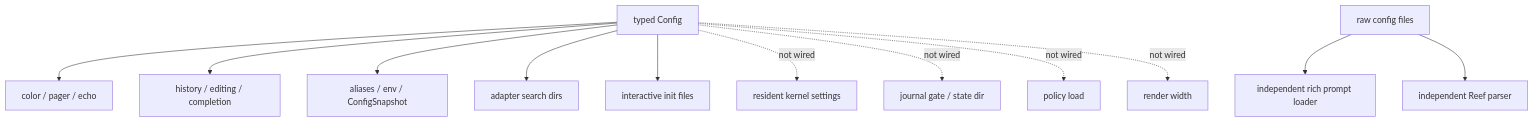
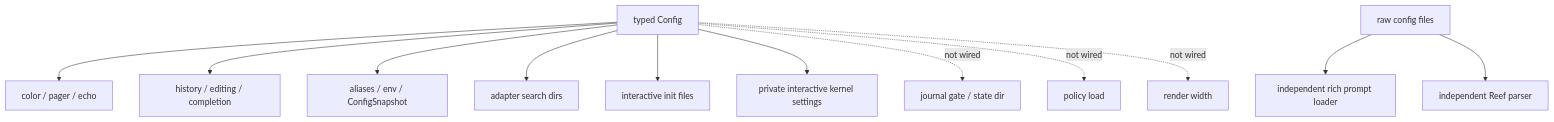
The second of 2 diagrams in site/content/internals/configuration-reference.md (alliecatowo/shoal), drawn with Mermaid before and after one commit. The commit also changed other lines of this file and 17 other files, not shown here.

````diff
--- a/site/content/internals/configuration-reference.md
+++ b/site/content/internals/configuration-reference.md
@@ -326,16 +326,16 @@
 ```mermaid
 flowchart TD
 accTitle: Host wiring matrix
 accDescr: Shows the components and relationships described in Host wiring matrix.
   Config["typed Config"] --> Render["color / pager / echo"]
   Config --> Editor["history / editing / completion"]
   Config --> Bindings["aliases / env / ConfigSnapshot"]
   Config --> Adapters["adapter search dirs"]
   Config --> Init["interactive init files"]
-  Config -. "not wired" .-> Kernel["resident kernel settings"]
+  Config --> Kernel["private interactive kernel settings"]
   Config -. "not wired" .-> Journal["journal gate / state dir"]
   Config -. "not wired" .-> Leash["policy load"]
   Config -. "not wired" .-> Width["render width"]
   Files["raw config files"] --> Prompt["independent rich prompt loader"]
   Files --> Reef["independent Reef parser"]
 ```
````
